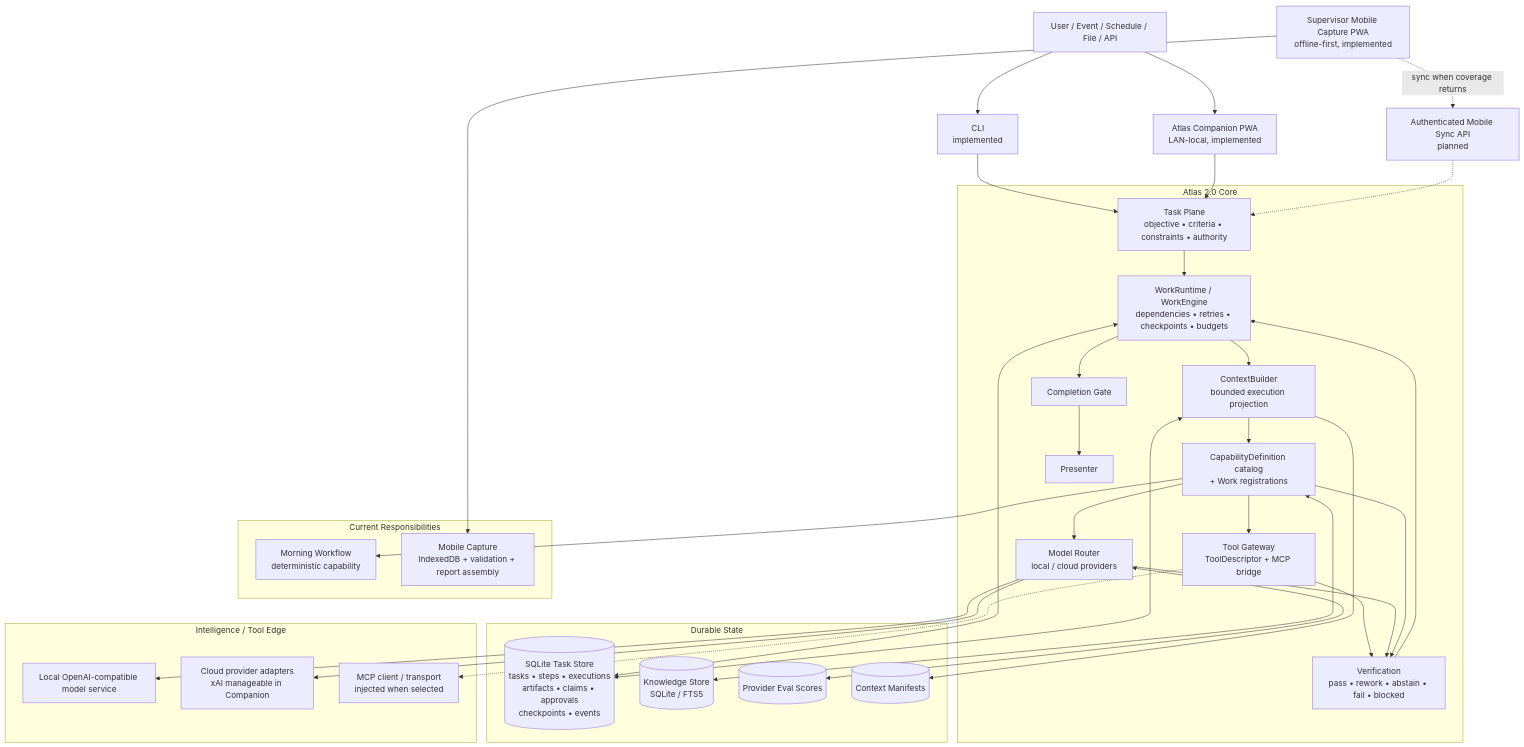
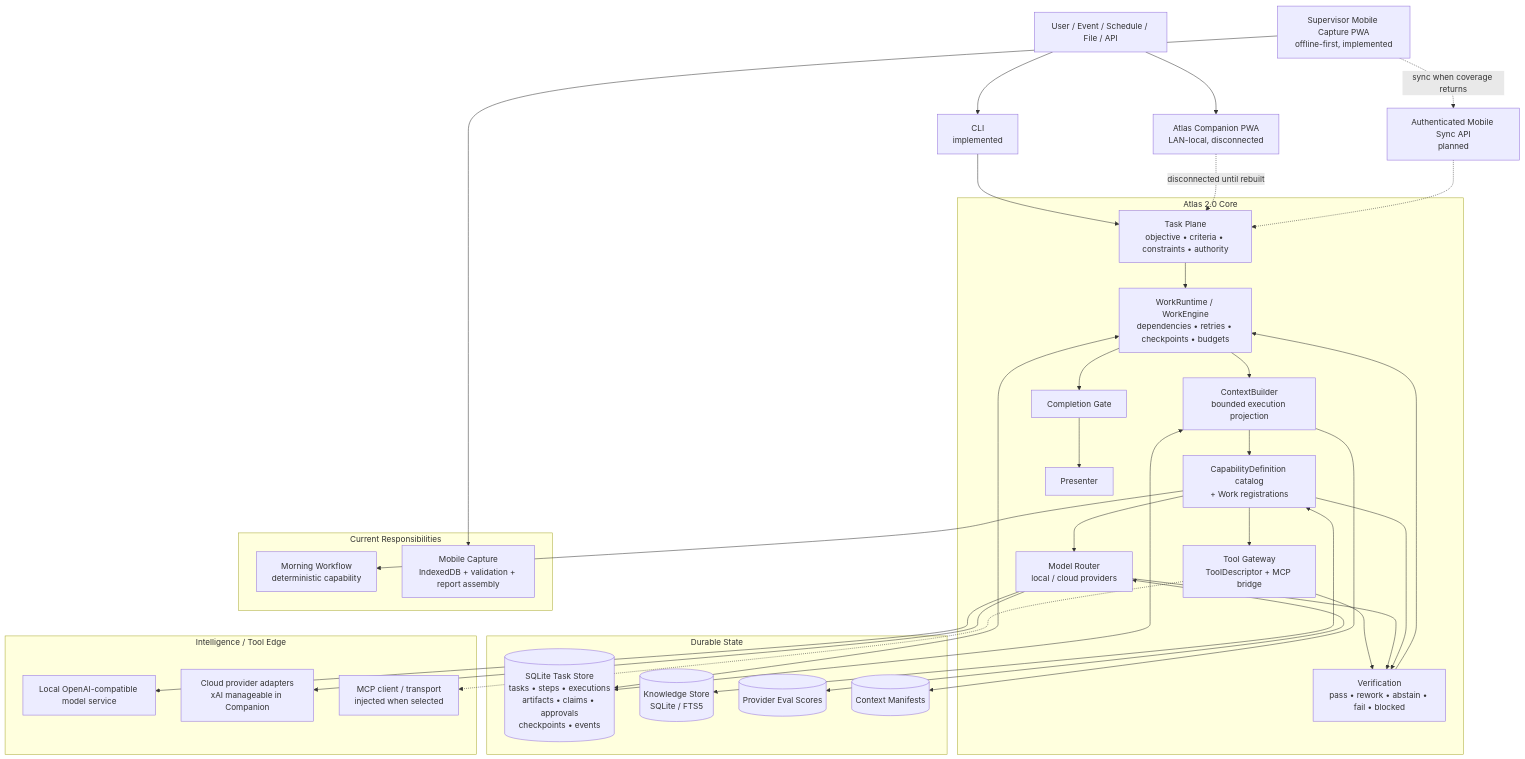
One commit to Keeladin/atlas-agent changed the first of 6 diagrams in README.md. Above: the diagram before and after it, drawn with Mermaid. The commit also changed other lines of this file and 44 other files, not shown here.

````diff
--- a/README.md
+++ b/README.md
@@ -79,71 +79,71 @@
 ```mermaid
 flowchart TB
     U[User / Event / Schedule / File / API]
     CLI[CLI\nimplemented]
     MPWA[Supervisor Mobile Capture PWA\noffline-first, implemented]
-    WEB[Atlas Companion PWA\nLAN-local, implemented]
+    WEB[Atlas Companion PWA\nLAN-local, disconnected]
     SYNC[Authenticated Mobile Sync API\nplanned]
 
     U --> CLI
     U --> WEB
     MPWA -. sync when coverage returns .-> SYNC
 
     CLI --> TP
-    WEB --> TP
+    WEB -. disconnected until rebuilt .-> TP
     SYNC -.-> TP
 
     subgraph CORE[Atlas 2.0 Core]
         TP[Task Plane\nobjective • criteria • constraints • authority]
         RT[WorkRuntime / WorkEngine\ndependencies • retries • checkpoints • budgets]
         CB[ContextBuilder\nbounded execution projection]
         CR[CapabilityDefinition catalog\n+ Work registrations]
         TG[Tool Gateway\nToolDescriptor + MCP bridge]
         MR[Model Router\nlocal / cloud providers]
         VR[Verification\npass • rework • abstain • fail • blocked]
         CV[Completion Gate]
         PR[Presenter]
 
         TP --> RT
         RT --> CB
         CB --> CR
         CR --> TG
         CR --> MR
         TG --> VR
         MR --> VR
         CR --> VR
         VR --> RT
         RT --> CV
         CV --> PR
     end
 
     subgraph STATE[Durable State]
         TS[(SQLite Task Store\ntasks • steps • executions\nartifacts • claims • approvals\ncheckpoints • events)]
         KM[(Knowledge Store\nSQLite / FTS5)]
         PS[(Provider Eval Scores)]
         CM[(Context Manifests)]
     end
 
     RT <--> TS
     CB <--> TS
     CB --> CM
     CR <--> KM
     MR <--> PS
 
     subgraph DOMAIN[Current Responsibilities]
         MW[Morning Workflow\ndeterministic capability]
         MOBILE[Mobile Capture\nIndexedDB + validation + report assembly]
     end
 
     CR --> MW
     MPWA --> MOBILE
 
     subgraph EDGE[Intelligence / Tool Edge]
         LOCAL[Local OpenAI-compatible model service]
         CLOUD[Cloud provider adapters\nxAI manageable in Companion]
         MCP[MCP client / transport\ninjected when selected]
     end
 
     MR --> LOCAL
     MR --> CLOUD
     TG -.-> MCP
 ```
````
